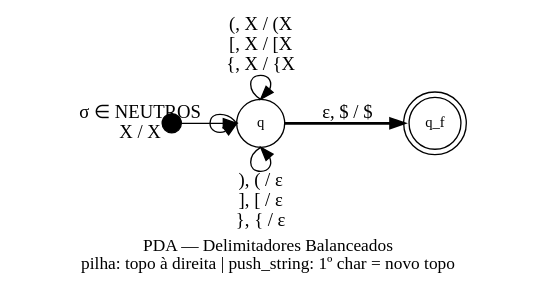
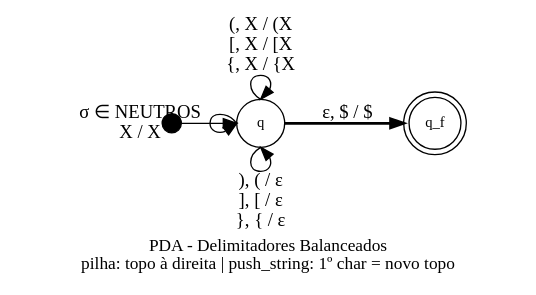
The diagram in diagramas/pda_livre_contexto.dot (ZarkAtroz/cadastro_e_integridade), drawn with Graphviz before and after one commit. The commit also changed 16 other files, not shown here.

```diff
--- a/diagramas/pda_livre_contexto.dot
+++ b/diagramas/pda_livre_contexto.dot
@@ -1,24 +1,24 @@
 digraph PDA_Balanceado {
     rankdir=LR;
-    label="PDA — Delimitadores Balanceados\npilha: topo à direita | push_string: 1º char = novo topo";
+    label="PDA - Delimitadores Balanceados\npilha: topo à direita | push_string: 1º char = novo topo";
     labelloc=b;
     fontsize=13;
     node [shape=circle, fontsize=11];
 
     __start [shape=point, width=0.2];
     q_f [shape=doublecircle, label="q_f"];
 
     __start -> q;
 
-    // Auto-loop superior — push de abridores
+    // Auto-loop superior - push de abridores
     q -> q [label="(, X / (X\n[, X / [X\n{, X / {X", headport="n", tailport="n"];
 
-    // Auto-loop inferior — pop de fechadores
+    // Auto-loop inferior - pop de fechadores
     q -> q [label="), ( / ε\n], [ / ε\n}, { / ε", headport="s", tailport="s"];
 
-    // Auto-loop esquerdo — neutros (sem alterar pilha)
+    // Auto-loop esquerdo - neutros (sem alterar pilha)
     q -> q [label="σ ∈ NEUTROS\nX / X", headport="w", tailport="w"];
 
     // ε-transição de aceitação
     q -> q_f [label="ε, $ / $", style=bold];
 }
```
